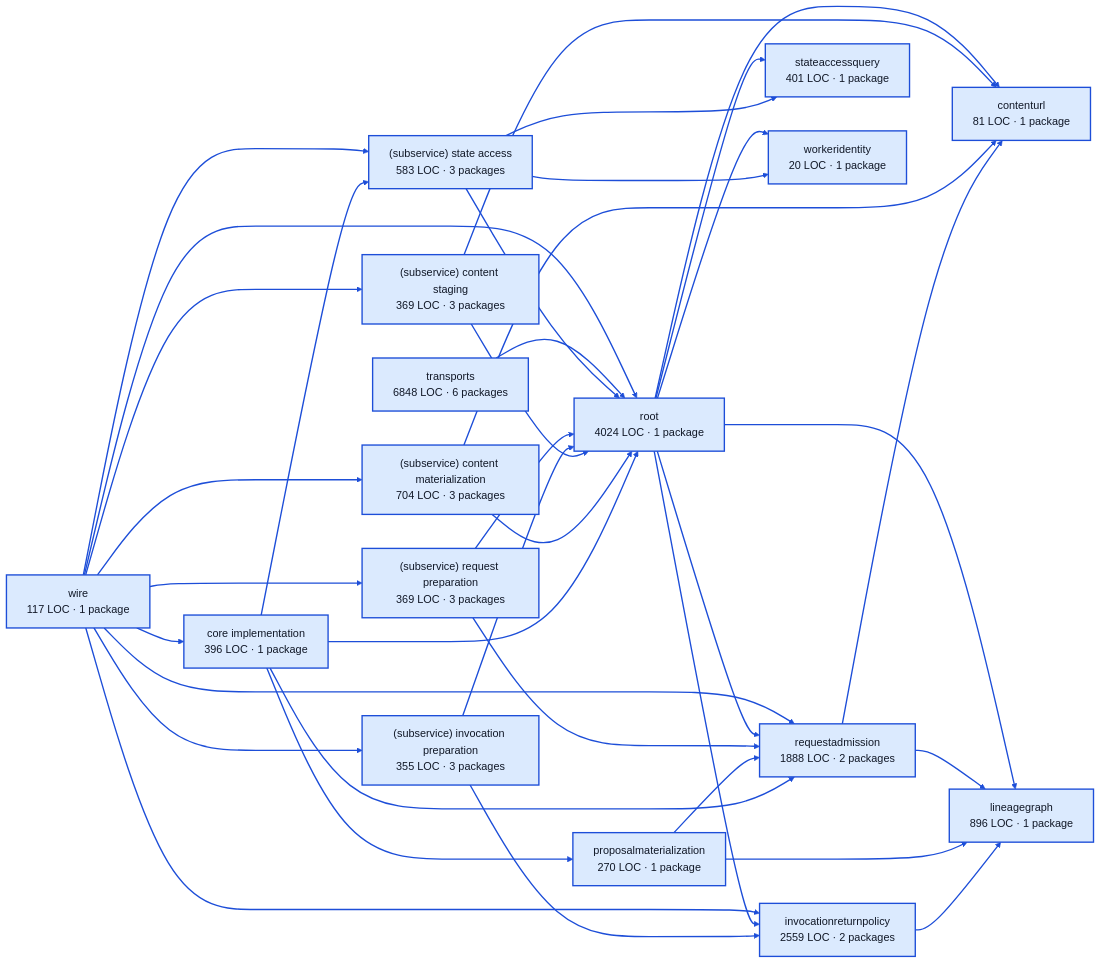
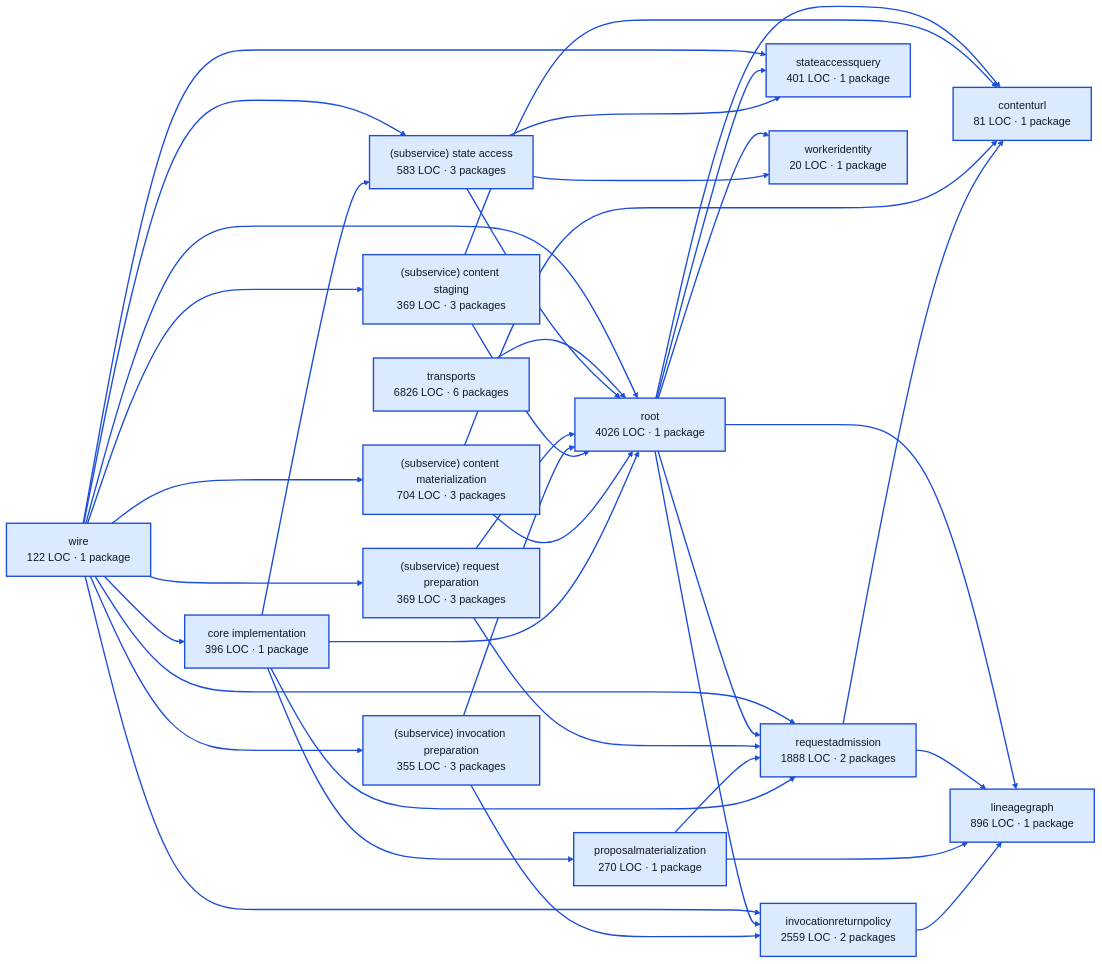
One commit to portpowered/you-agent-factory changed the diagram in docs/architecture/visualizations/services/work.md. Above: the diagram before and after it, drawn with Mermaid (base theme). The commit also changed other lines of this file and 21 other files, not shown here.

Commit message:
docs: refresh backend architecture visualizations

````diff
--- a/docs/architecture/visualizations/services/work.md
+++ b/docs/architecture/visualizations/services/work.md
@@ -11,72 +11,73 @@
 ```mermaid
 flowchart LR
   p0["core implementation<br/>396 LOC · 1 package"]
   p1["contenturl<br/>81 LOC · 1 package"]
   p2["invocationreturnpolicy<br/>2559 LOC · 2 packages"]
   p3["lineagegraph<br/>896 LOC · 1 package"]
   p4["proposalmaterialization<br/>270 LOC · 1 package"]
   p5["requestadmission<br/>1888 LOC · 2 packages"]
   p6["(subservice) content materialization<br/>704 LOC · 3 packages"]
   p7["(subservice) content staging<br/>369 LOC · 3 packages"]
   p8["(subservice) invocation preparation<br/>355 LOC · 3 packages"]
   p9["(subservice) request preparation<br/>369 LOC · 3 packages"]
   p10["(subservice) state access<br/>583 LOC · 3 packages"]
   p11["stateaccessquery<br/>401 LOC · 1 package"]
   p12["workeridentity<br/>20 LOC · 1 package"]
-  p13["root<br/>4024 LOC · 1 package"]
-  p14["transports<br/>6848 LOC · 6 packages"]
-  p15["wire<br/>117 LOC · 1 package"]
+  p13["root<br/>4026 LOC · 1 package"]
+  p14["transports<br/>6826 LOC · 6 packages"]
+  p15["wire<br/>122 LOC · 1 package"]
   p0 --> p4
   p0 --> p5
   p0 --> p10
   p0 --> p13
   p2 --> p3
   p4 --> p3
   p4 --> p5
   p5 --> p1
   p5 --> p3
   p6 --> p1
   p6 --> p13
   p7 --> p1
   p7 --> p13
   p8 --> p2
   p8 --> p13
   p9 --> p5
   p9 --> p13
   p10 --> p11
   p10 --> p12
   p10 --> p13
   p13 --> p1
   p13 --> p2
   p13 --> p3
   p13 --> p5
   p13 --> p11
   p13 --> p12
   p14 --> p13
   p15 --> p0
   p15 --> p2
   p15 --> p5
   p15 --> p6
   p15 --> p7
   p15 --> p8
   p15 --> p9
   p15 --> p10
+  p15 --> p11
   p15 --> p13
   style p0 fill:#dbeafe,stroke:#1d4ed8,stroke-width:2px,color:#111827
   style p1 fill:#dbeafe,stroke:#1d4ed8,stroke-width:2px,color:#111827
   style p2 fill:#dbeafe,stroke:#1d4ed8,stroke-width:2px,color:#111827
   style p3 fill:#dbeafe,stroke:#1d4ed8,stroke-width:2px,color:#111827
   style p4 fill:#dbeafe,stroke:#1d4ed8,stroke-width:2px,color:#111827
   style p5 fill:#dbeafe,stroke:#1d4ed8,stroke-width:2px,color:#111827
   style p6 fill:#dbeafe,stroke:#1d4ed8,stroke-width:2px,color:#111827
   style p7 fill:#dbeafe,stroke:#1d4ed8,stroke-width:2px,color:#111827
   style p8 fill:#dbeafe,stroke:#1d4ed8,stroke-width:2px,color:#111827
   style p9 fill:#dbeafe,stroke:#1d4ed8,stroke-width:2px,color:#111827
   style p10 fill:#dbeafe,stroke:#1d4ed8,stroke-width:2px,color:#111827
   style p11 fill:#dbeafe,stroke:#1d4ed8,stroke-width:2px,color:#111827
   style p12 fill:#dbeafe,stroke:#1d4ed8,stroke-width:2px,color:#111827
   style p13 fill:#dbeafe,stroke:#1d4ed8,stroke-width:2px,color:#111827
   style p14 fill:#dbeafe,stroke:#1d4ed8,stroke-width:2px,color:#111827
   style p15 fill:#dbeafe,stroke:#1d4ed8,stroke-width:2px,color:#111827
   linkStyle default stroke:#1d4ed8,stroke-width:2px
 ```
````
